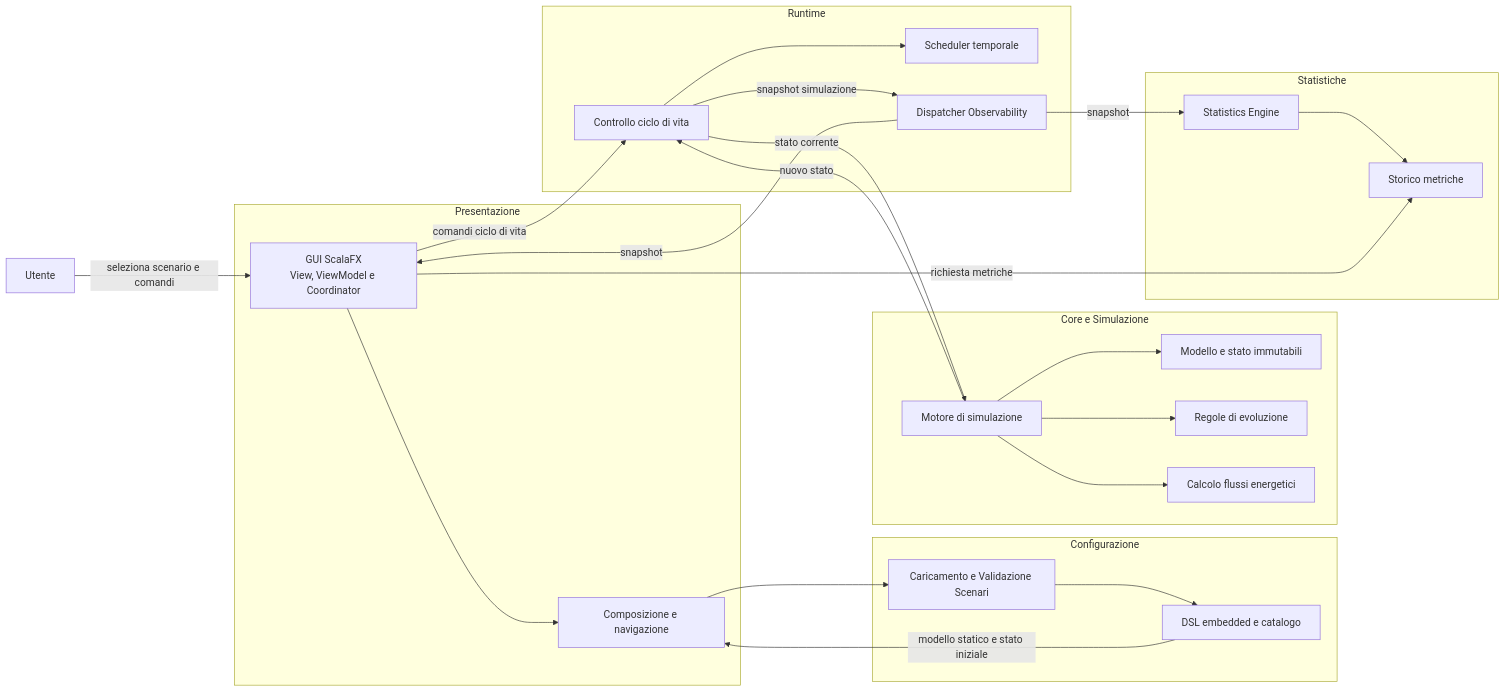
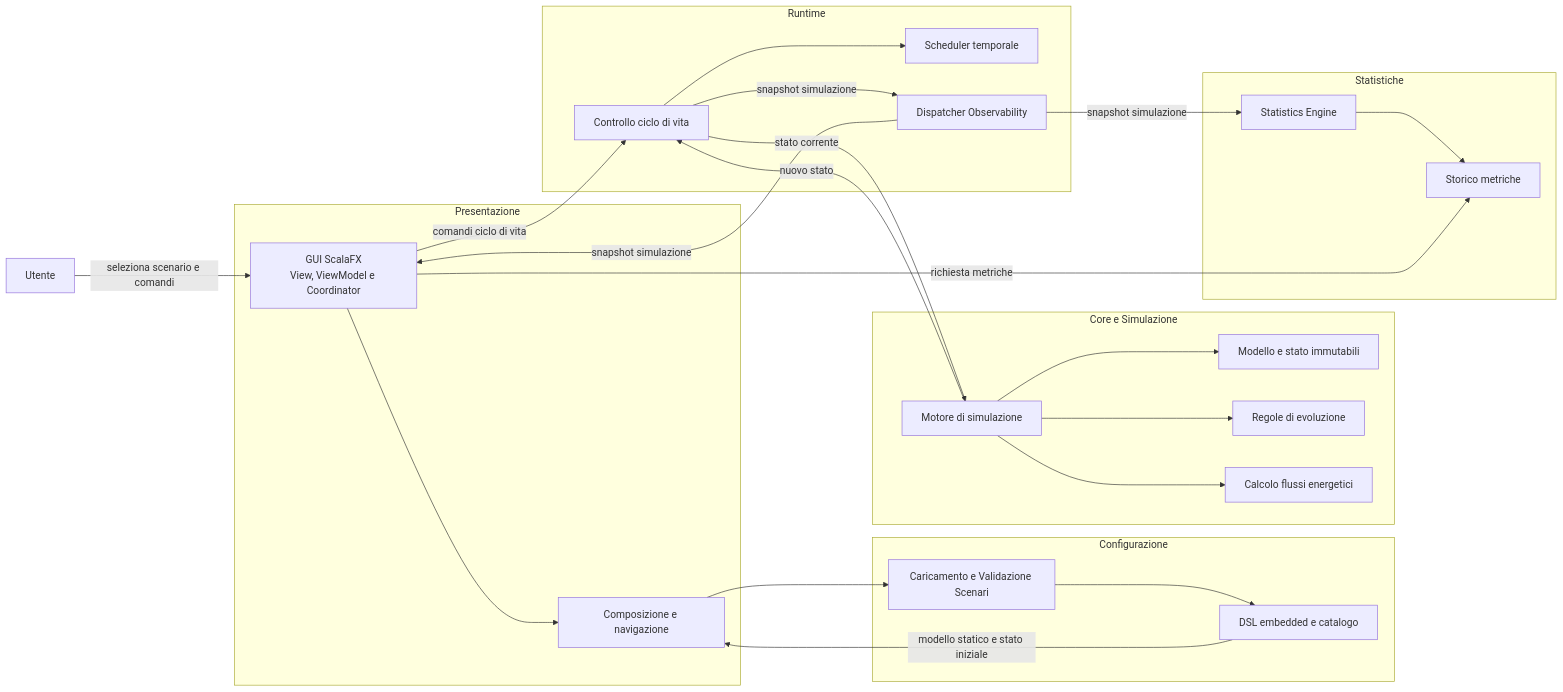
One commit to bambinim/GridSim changed the diagram in docs/04-architectural_design.md. Above: the diagram before and after it, drawn with Mermaid. The commit also changed other lines of this file and 1 other file, not shown here.

````diff
--- a/docs/04-architectural_design.md
+++ b/docs/04-architectural_design.md
@@ -46,54 +46,54 @@
 ```mermaid
 flowchart LR
     User[Utente]
 
     subgraph Presentation[Presentazione]
         GUI[GUI ScalaFX<br/>View, ViewModel e Coordinator]
         Navigation[Composizione e navigazione]
     end
 
     subgraph Configuration[Configurazione]
         ScenarioLoader[Caricamento e Validazione Scenari]
         DSL[DSL embedded e catalogo]
     end
 
     subgraph Runtime[Runtime]
         Controller[Controllo ciclo di vita]
         Scheduler[Scheduler temporale]
         Dispatcher[Dispatcher Observability]
     end
 
     subgraph Domain[Core e Simulazione]
         Model[Modello e stato immutabili]
         Engine[Motore di simulazione]
         Evolution[Regole di evoluzione]
         Solver[Calcolo flussi energetici]
     end
 
     subgraph Statistics[Statistiche]
         StatisticsEngine[Statistics Engine]
         StatisticsRepository[Storico metriche]
     end
 
     User -->|seleziona scenario e comandi| GUI
     GUI --> Navigation
     Navigation --> ScenarioLoader
     ScenarioLoader --> DSL
     DSL -->|modello statico e stato iniziale| Navigation
 
     GUI -->|comandi ciclo di vita| Controller
     Controller --> Scheduler
     Controller -->|stato corrente| Engine
 
     Engine --> Model
     Engine --> Evolution
     Engine --> Solver
     Engine -->|nuovo stato| Controller
 
     Controller -->|snapshot simulazione| Dispatcher
 
-    Dispatcher -->|snapshot| GUI
-    Dispatcher -->|snapshot| StatisticsEngine
+    Dispatcher -->|snapshot simulazione| GUI
+    Dispatcher -->|snapshot simulazione| StatisticsEngine
     StatisticsEngine --> StatisticsRepository
     GUI -->|richiesta metriche| StatisticsRepository
 ```
````
